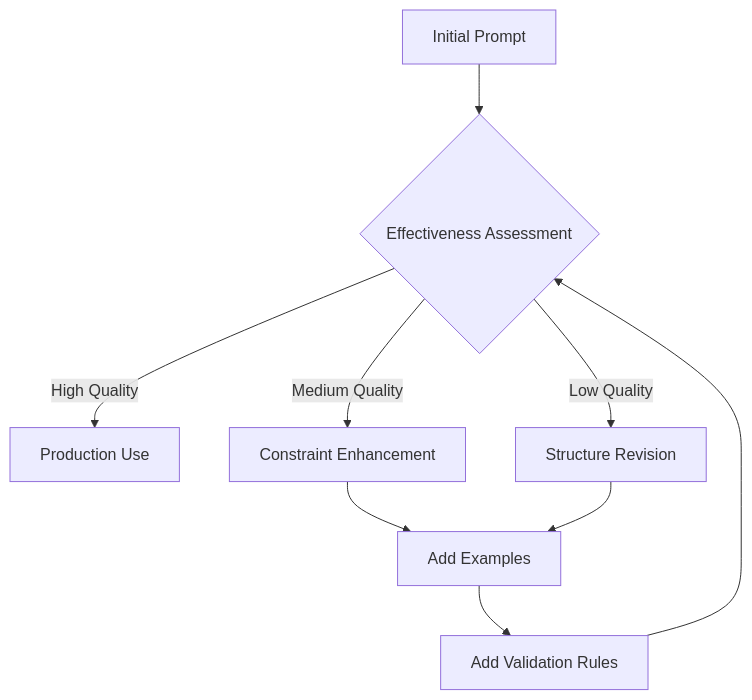
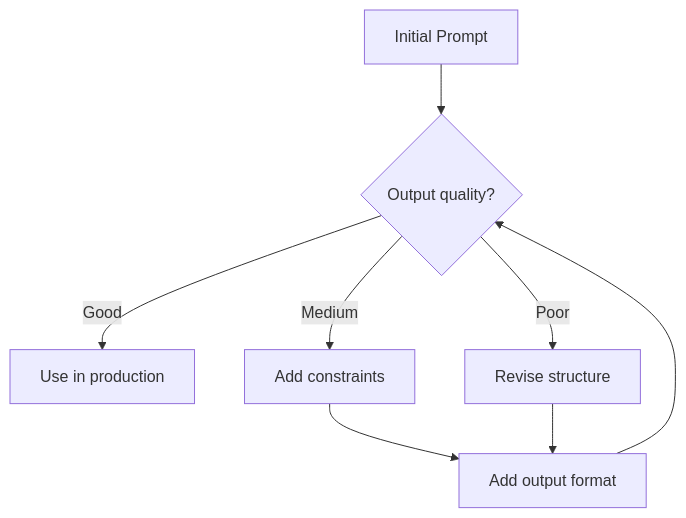
One commit to csotelo/vitaeforge changed the fourth of 7 diagrams in WHITEPAPER.md. Above: the diagram before and after it, drawn with Mermaid. The commit also changed other lines of this file, not shown here.

````diff
--- a/WHITEPAPER.md
+++ b/WHITEPAPER.md
@@ -442,11 +292,10 @@
-    ```mermaid
-    flowchart TD
-        A[Initial Prompt] --> B{Effectiveness Assessment}
-        B -->|High Quality| C[Production Use]
-        B -->|Medium Quality| D[Constraint Enhancement]
-        B -->|Low Quality| E[Structure Revision]
-        D --> F[Add Examples]
-        E --> F
-        F --> G[Add Validation Rules]
-        G --> B
-    ```
+```mermaid
+flowchart TD
+    A[Initial Prompt] --> B{Output quality?}
+    B -->|Good| C[Use in production]
+    B -->|Medium| D[Add constraints]
+    B -->|Poor| E[Revise structure]
+    D --> F[Add output format]
+    E --> F
+    F --> B
+```
````
